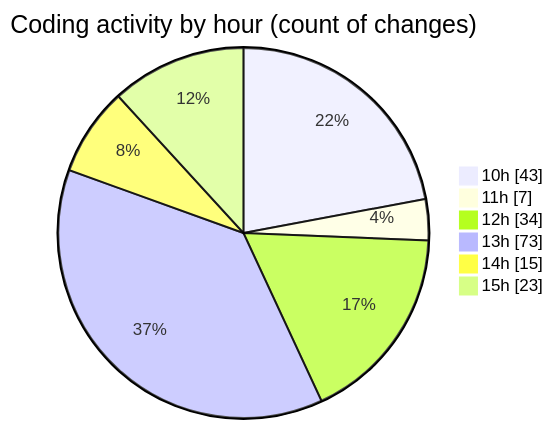
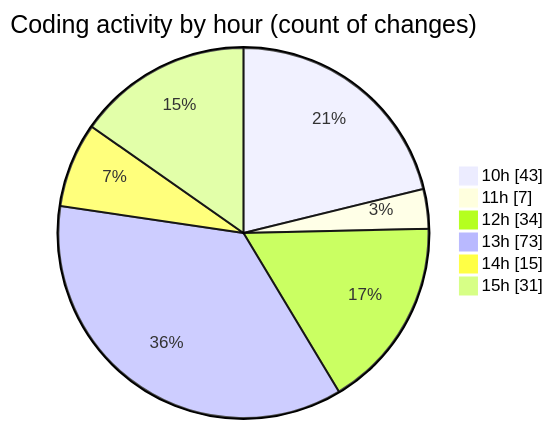
One commit to momahboobian/code-tracking changed the second of 2 diagrams in 2025-10-29/cda/README.md. Above: the diagram before and after it, drawn with Mermaid. The commit also changed other lines of this file and 1 other file, not shown here.

````diff
--- a/2025-10-29/cda/README.md
+++ b/2025-10-29/cda/README.md
@@ -52,10 +52,10 @@
 ```mermaid
 pie showData
 title Coding activity by hour (count of changes)
 "10h" : 43
 "11h" : 7
 "12h" : 34
 "13h" : 73
 "14h" : 15
-"15h" : 23
+"15h" : 31
 ```
````
